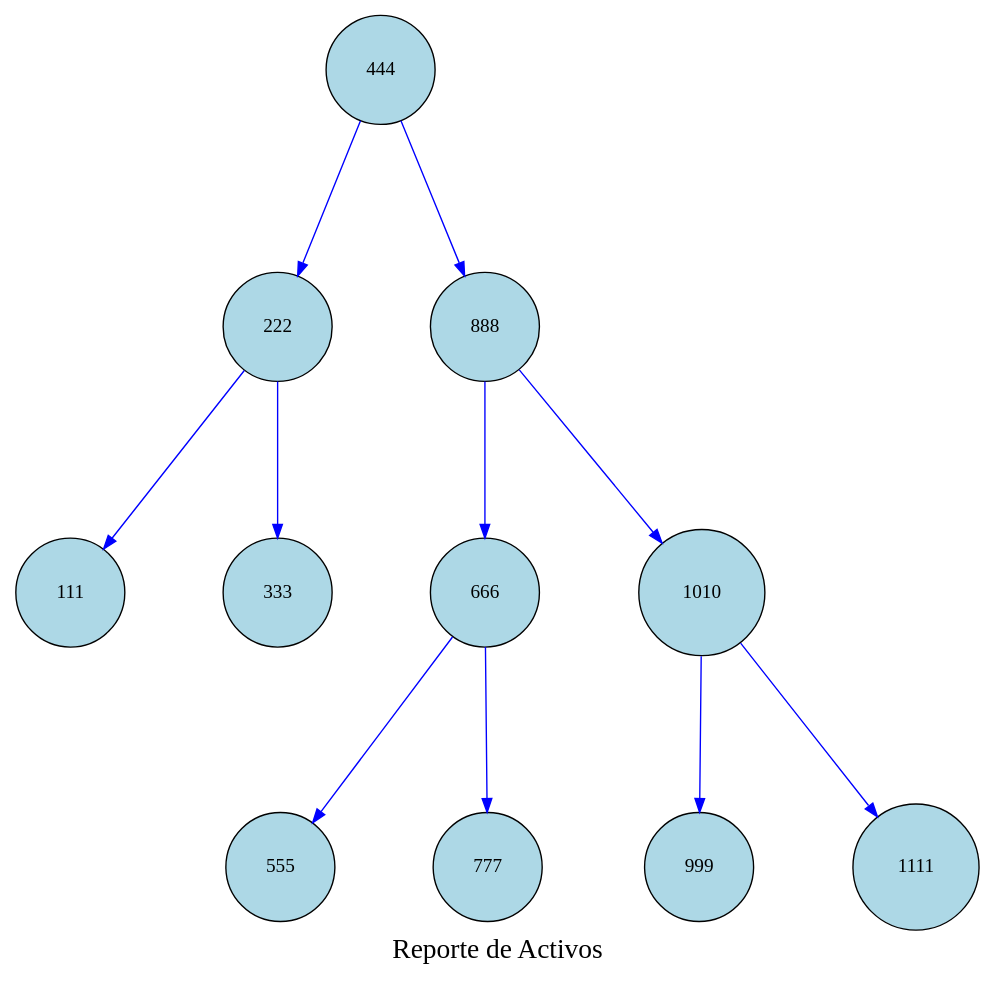
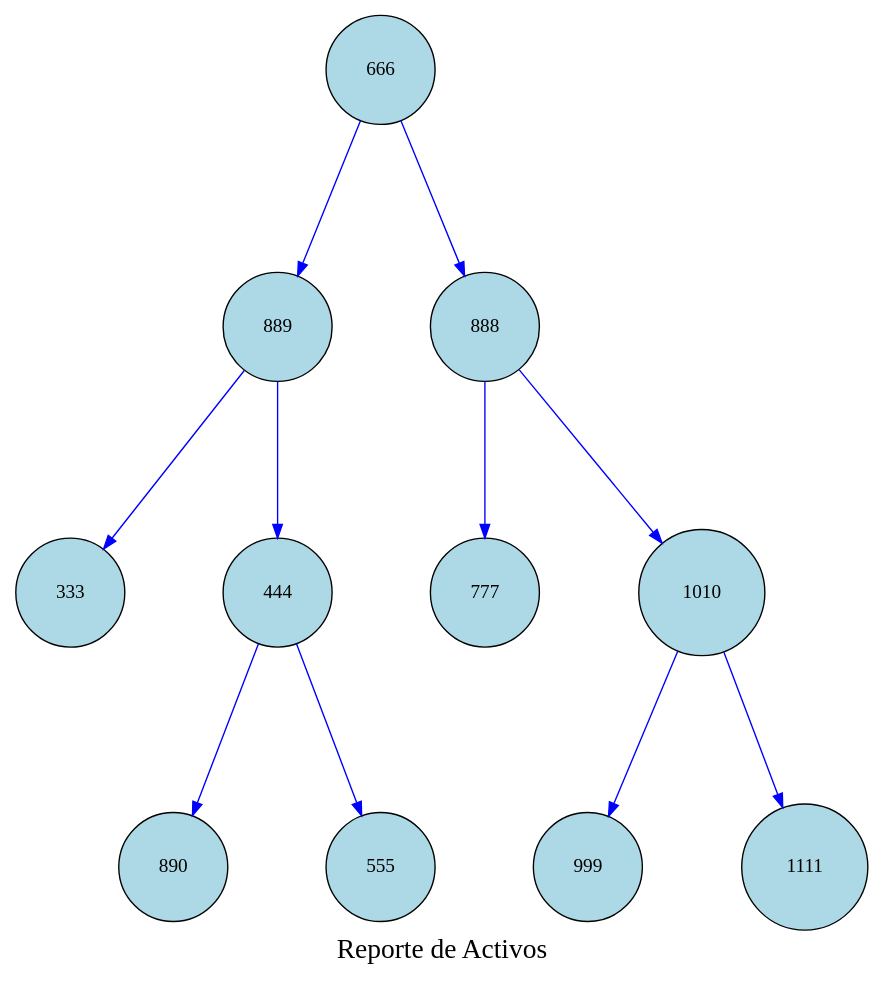
One commit to Ennero/EDD_Proyecto1_Vacas2_202302220 changed the diagram in Proyecto1/cmake-build-debug/reporteArbolAVL.dot. Above: the diagram before and after it, drawn with Graphviz. The commit also changed 127 other files, not shown here.

```diff
--- a/Proyecto1/cmake-build-debug/reporteArbolAVL.dot
+++ b/Proyecto1/cmake-build-debug/reporteArbolAVL.dot
@@ -1,26 +1,26 @@
 digraph AVLTree {
     node [shape=circle,style=filled, fillcolor=lightblue, margin=0.2];
 edge [style=solid, color=blue];
  graph [ranksep=1.5, nodesep=1];graph [label="Reporte de Activos", fontsize=20, fontcolor=black];
+    "666" [label="666"];
+    "666" -> "889";
+    "889" [label="889"];
+    "889" -> "333";
+    "333" [label="333"];
+    "889" -> "444";
     "444" [label="444"];
-    "444" -> "222";
-    "222" [label="222"];
-    "222" -> "111";
-    "111" [label="111"];
-    "222" -> "333";
-    "333" [label="333"];
-    "444" -> "888";
+    "444" -> "890";
+    "890" [label="890"];
+    "444" -> "555";
+    "555" [label="555"];
+    "666" -> "888";
     "888" [label="888"];
-    "888" -> "666";
-    "666" [label="666"];
-    "666" -> "555";
-    "555" [label="555"];
-    "666" -> "777";
+    "888" -> "777";
     "777" [label="777"];
     "888" -> "1010";
     "1010" [label="1010"];
     "1010" -> "999";
     "999" [label="999"];
     "1010" -> "1111";
     "1111" [label="1111"];
 }
```
